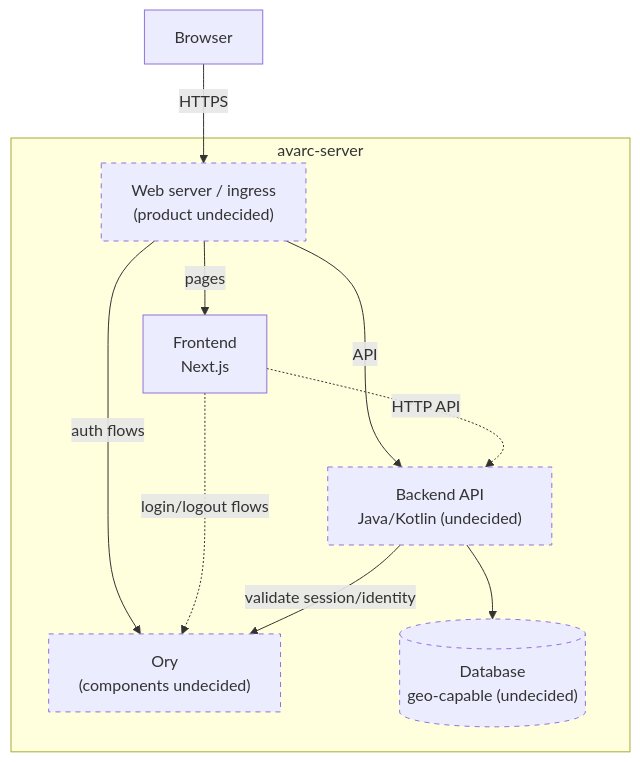
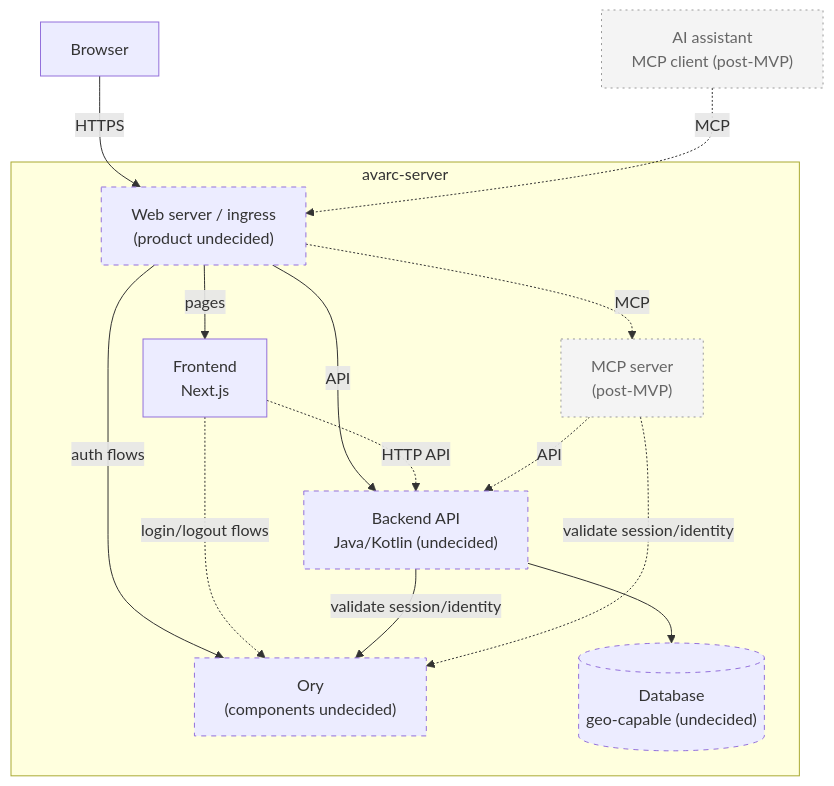
The diagram in spec/architecture-diagram.md (avarcorg/avarc-server), drawn with Mermaid before and after one commit. The commit also changed other lines of this file and 2 other files, not shown here.

Commit message:
Add post-MVP MCP server to architecture and recreate diagram

````diff
--- a/spec/architecture-diagram.md
+++ b/spec/architecture-diagram.md
@@ -9,24 +11,33 @@
 ```mermaid
 flowchart TB
     Browser[Browser]
+    AIClient["AI assistant<br/>MCP client (post-MVP)"]
 
     subgraph Server["avarc-server"]
         Ingress["Web server / ingress<br/>(product undecided)"]
         Frontend["Frontend<br/>Next.js"]
         Backend["Backend API<br/>Java/Kotlin (undecided)"]
         Ory["Ory<br/>(components undecided)"]
+        MCP["MCP server<br/>(post-MVP)"]
         DB[("Database<br/>geo-capable (undecided)")]
     end
 
     Browser -- "HTTPS" --> Ingress
     Ingress -- "pages" --> Frontend
     Ingress -- "API" --> Backend
     Ingress -- "auth flows" --> Ory
     Frontend -. "HTTP API" .-> Backend
     Frontend -. "login/logout flows" .-> Ory
     Backend -- "validate session/identity" --> Ory
     Backend --> DB
+    AIClient -. "MCP" .-> Ingress
+    Ingress -. "MCP" .-> MCP
+    MCP -. "API" .-> Backend
+    MCP -. "validate session/identity" .-> Ory
 
     classDef undecided stroke-dasharray: 5 5;
     class Ingress,Backend,Ory,DB undecided;
+
+    classDef postmvp stroke-dasharray: 2 4,fill:#f4f4f4,stroke:#999,color:#666;
+    class AIClient,MCP postmvp;
 ```
````
